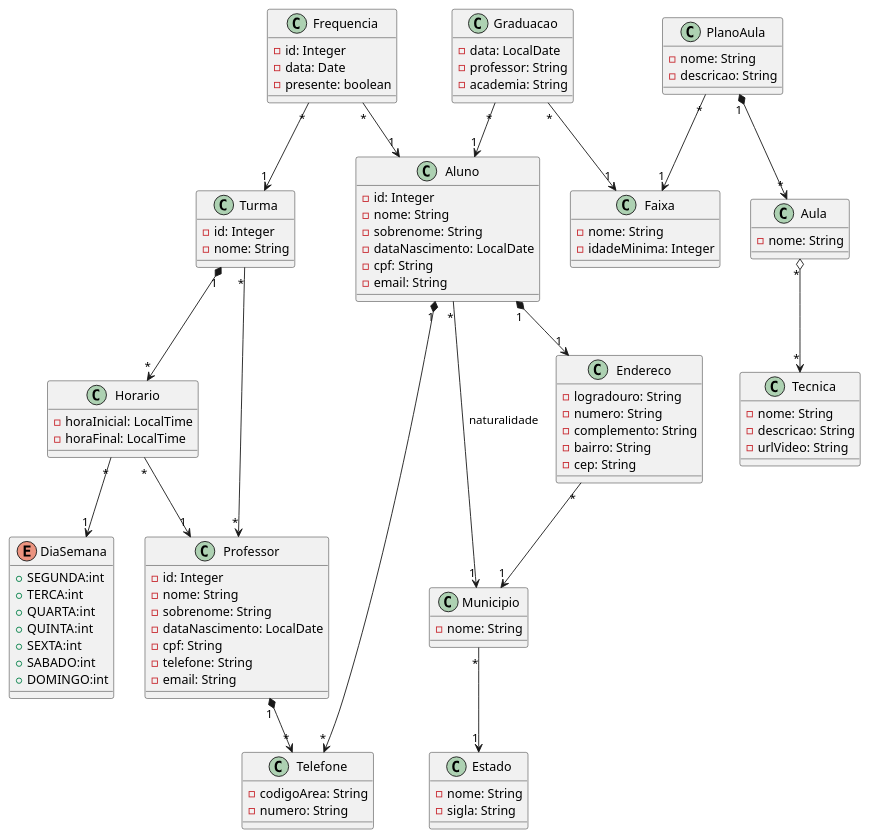
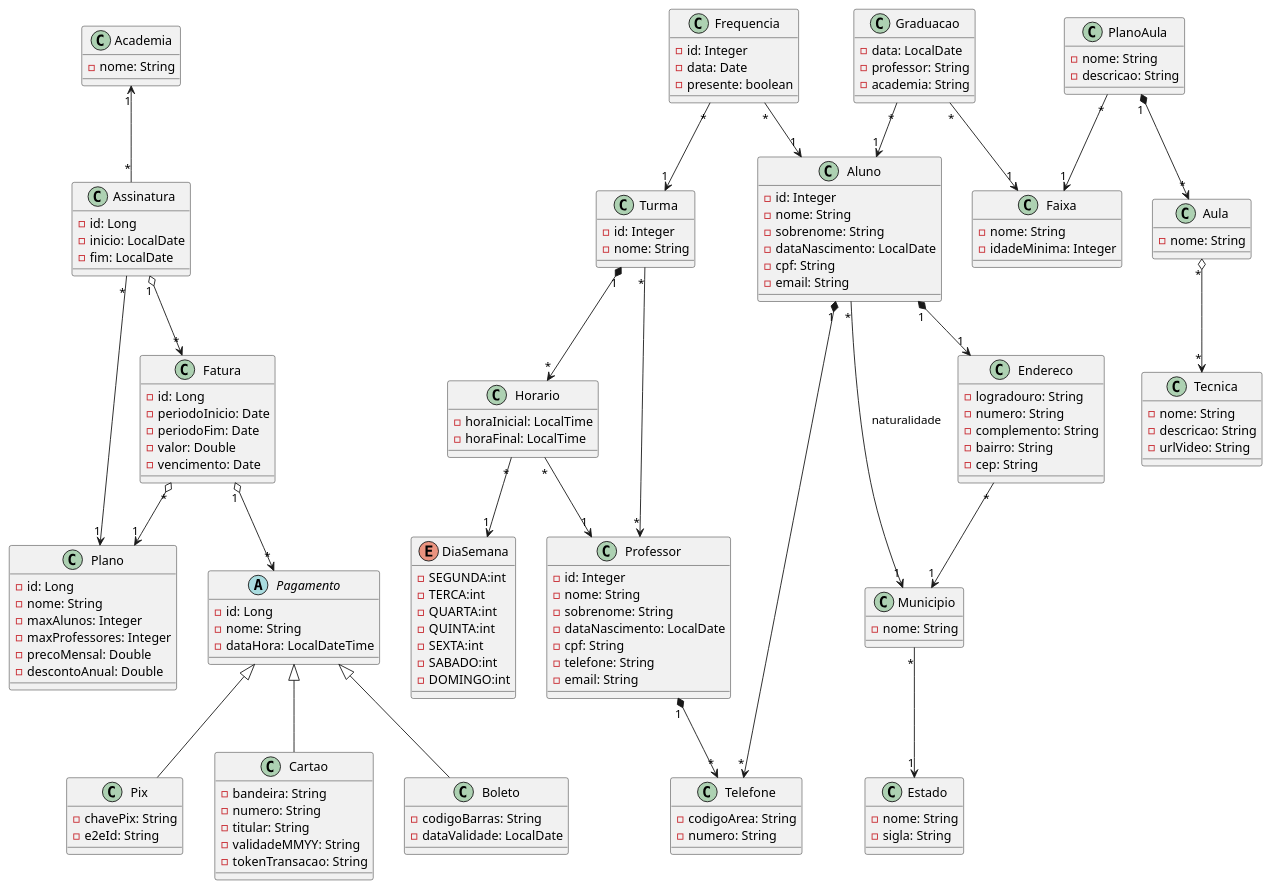
The diagram in src/main/resources/doc/jiujitsu2.plantuml (janiojunior/jiujitsu-quarkus-tp2), drawn with PlantUML before and after one commit. The commit also changed 10 other files, not shown here.

```diff
--- a/src/main/resources/doc/jiujitsu2.plantuml
+++ b/src/main/resources/doc/jiujitsu2.plantuml
@@ -1,128 +1,191 @@
 @startuml
 
 'classes
+
+class Academia {
+    - nome: String
+}
+
+class Plano {
+    - id: Long
+    - nome: String
+    - maxAlunos: Integer
+    - maxProfessores: Integer
+    - precoMensal: Double
+    - descontoAnual: Double
+}
+
+
+class Assinatura {
+    - id: Long
+    - inicio: LocalDate
+    - fim: LocalDate
+}
+
+
+abstract class Pagamento {
+    - id: Long
+    - nome: String
+    - dataHora: LocalDateTime
+}
+
+class Pix extends Pagamento {
+    - chavePix: String
+    ' id de transação PIX
+    - e2eId: String
+}
+
+
+class Cartao extends Pagamento {
+    - bandeira: String
+    - numero: String
+    - titular: String
+    - validadeMMYY: String
+    - tokenTransacao: String
+}
+
+
+class Boleto extends Pagamento {
+    - codigoBarras: String
+    - dataValidade: LocalDate
+}
+
+
+class Fatura {
+    - id: Long
+    - periodoInicio: Date
+    - periodoFim: Date
+    - valor: Double
+    - vencimento: Date
+}
+
+
 class Aluno {
     - id: Integer
     - nome: String
     - sobrenome: String
     - dataNascimento: LocalDate
     - cpf: String
     - email: String
 }
 
 class Professor {
     - id: Integer
     - nome: String
     - sobrenome: String
     - dataNascimento: LocalDate
     - cpf: String
     - telefone: String
     - email: String
 }
 
 class Turma {
     - id: Integer
     - nome: String
 }
 
 class Horario {
     - horaInicial: LocalTime
     - horaFinal: LocalTime
 }
 
 enum DiaSemana {
-    + SEGUNDA:int
-    + TERCA:int
-    + QUARTA:int
-    + QUINTA:int
-    + SEXTA:int
-    + SABADO:int
-    + DOMINGO:int
+    -  SEGUNDA:int
+    -  TERCA:int
+    -  QUARTA:int
+    -  QUINTA:int
+    -  SEXTA:int
+    -  SABADO:int
+    -  DOMINGO:int
 }
 
 class Frequencia {
     - id: Integer
     - data: Date
     - presente: boolean
 }
 
 class Telefone {
     - codigoArea: String
     - numero: String
 }
 
 class Endereco {
     - logradouro: String
     - numero: String
     - complemento: String
     - bairro: String
     - cep: String
 }
 
 class Estado {
     - nome: String
     - sigla: String
 }
 
 class Municipio {
     - nome: String
 }
 
 class Faixa {
     - nome: String
     - idadeMinima: Integer
 }
 
 class Graduacao {
     - data: LocalDate
     - professor: String
     - academia: String
 }
 
 class PlanoAula {
     - nome: String
     - descricao: String
 
 }
 
 class Tecnica {
     - nome: String
     - descricao: String
     - urlVideo: String
 }
 
 class Aula {
     - nome: String
 }
 
 'relacionamentos
-Turma "1" *--> "*"  Horario 
+Turma "1" *--> "*"  Horario
 Turma "*" --> "*" Professor
 
 Frequencia "*" --> "1" Aluno
 Frequencia "*" --> "1" Turma
 
 Municipio "*" --> "1" Estado
 
 Endereco "*" --> "1" Municipio
 
 Aluno "1" *--> "*" Telefone
 Aluno "*" --> "1" Municipio: naturalidade
 Aluno "1" *--> "1" Endereco
 
 Professor "1" *--> "*" Telefone
 
 Horario "*" --> "1" DiaSemana
 Horario "*" --> "1" Professor
 
 Graduacao "*" --> "1" Faixa
 Graduacao "*" --> "1" Aluno
 
 PlanoAula "*" --> "1" Faixa
 PlanoAula "1" *--> "*" Aula
 
 Aula "*" o--> "*" Tecnica
 
-
+Academia "1" <-- "*" Assinatura
+Assinatura "*" --> "1" Plano
+Assinatura "1" o--> "*" Fatura
+Fatura "*" o--> "1" Plano
+Fatura "1" o--> "*" Pagamento
 
 @enduml
```
